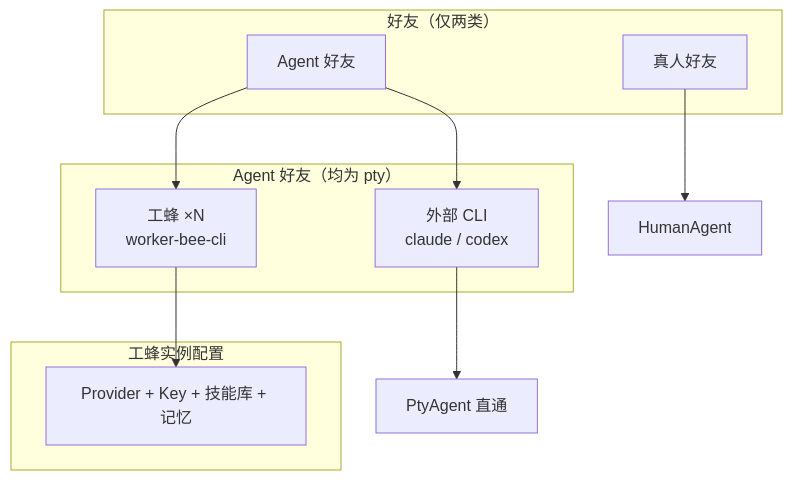
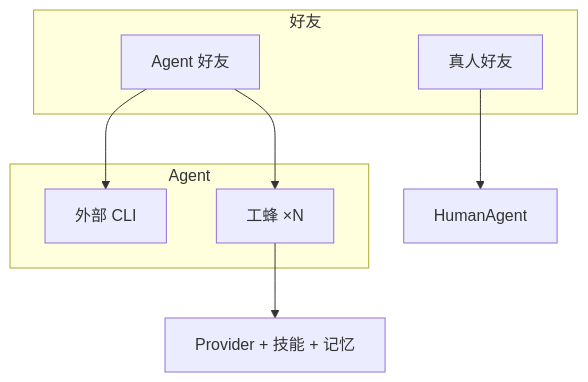
Before and after one commit to sanyexieai/seven_chat_agent: the diagram in README.md, drawn with Mermaid. The commit also changed other lines of this file and 6 other files, not shown here.

````diff
--- a/README.md
+++ b/README.md
@@ -165,23 +142,15 @@
 ```mermaid
 flowchart TB
-    subgraph friends["好友（仅两类）"]
+    subgraph friends["好友"]
         AG["Agent 好友"]
         HU["真人好友"]
     end
-
-    subgraph agent["Agent 好友（均为 pty）"]
-        EXT["外部 CLI<br/>claude / codex"]
-        WB["工蜂 ×N<br/>worker-bee-cli"]
+    subgraph agent["Agent"]
+        EXT["外部 CLI"]
+        WB["工蜂 ×N"]
     end
-
-    subgraph wb_cfg["工蜂实例配置"]
-        PR["Provider + Key + 技能库 + 记忆"]
-    end
-
     AG --> EXT
     AG --> WB
     HU --> HUM["HumanAgent"]
-
-    WB --> PR
-    EXT --> PTY["PtyAgent 直通"]
+    WB --> PR["Provider + 技能 + 记忆"]
 ```
````
